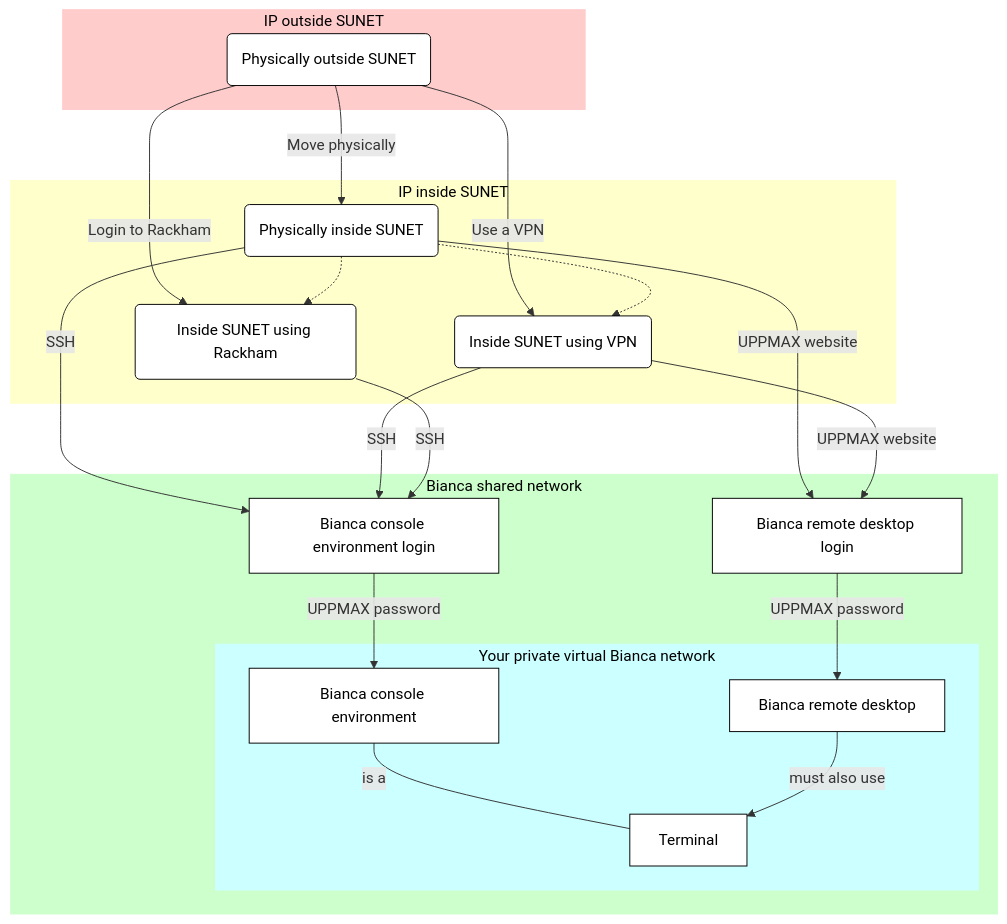
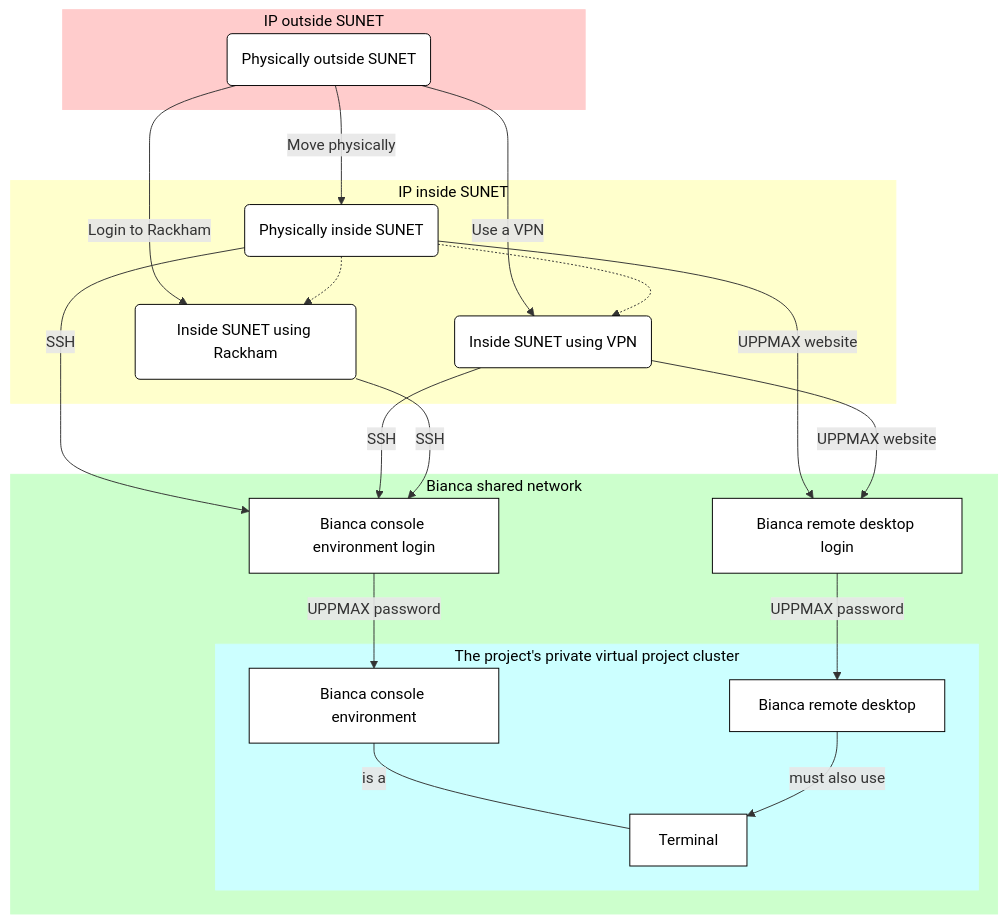
The fourth of 4 diagrams in docs/getting_started/login_bianca.md (UPPMAX/UPPMAX-documentation), drawn with Mermaid before and after one commit. The commit also changed other lines of this file, not shown here.

Commit message:
What is a virtual project cluster?

````diff
--- a/docs/getting_started/login_bianca.md
+++ b/docs/getting_started/login_bianca.md
@@ -627,57 +651,57 @@
 ```mermaid
 flowchart TD
 
     %% Give a white background, instead of a transparent one
     classDef node fill:#fff,color:#000,stroke:#000
     classDef focus_node fill:#fff,color:#000,stroke:#000,stroke-width:4px
 
     subgraph sub_outside[IP outside SUNET]
       outside(Physically outside SUNET)
     end    
     style sub_outside fill:#fcc,color:#000,stroke:#fcc
 
     subgraph sub_inside[IP inside SUNET]
       physically_inside(Physically inside SUNET)
       inside_using_vpn(Inside SUNET using VPN)
       inside_using_rackham(Inside SUNET using Rackham)
     end
     style sub_inside fill:#ffc,color:#000,stroke:#ffc
 
     subgraph sub_bianca_shared_env[Bianca shared network]
       bianca_shared_console[Bianca console environment login]
       bianca_shared_remote_desktop[Bianca remote desktop login] 
-      subgraph sub_bianca_private_env[Your private virtual Bianca network]
+      subgraph sub_bianca_private_env[The project's private virtual project cluster]
         bianca_private_console[Bianca console environment]
         bianca_private_remote_desktop[Bianca remote desktop] 
         bianca_private_terminal[Terminal] 
       style sub_bianca_private_env fill:#cff,color:#000,stroke:#cff
 
 
       end
       style sub_bianca_private_env fill:#cff,color:#000,stroke:#cff
 
     end
     style sub_bianca_shared_env fill:#cfc,color:#000,stroke:#cfc
 
     %% Outside SUNET
     outside-->|Move physically|physically_inside
     outside-->|Use a VPN|inside_using_vpn
     outside-->|Login to Rackham|inside_using_rackham
 
     %% Inside SUNET
     physically_inside-->|SSH|bianca_shared_console
     physically_inside-->|UPPMAX website|bianca_shared_remote_desktop
     physically_inside-.->inside_using_rackham
     physically_inside-.->inside_using_vpn
     inside_using_vpn-->|SSH|bianca_shared_console
     inside_using_vpn-->|UPPMAX website|bianca_shared_remote_desktop
     inside_using_rackham-->|SSH|bianca_shared_console
 
     %% Shared Bianca
     bianca_shared_console --> |UPPMAX password|bianca_private_console
     bianca_shared_remote_desktop-->|UPPMAX password|bianca_private_remote_desktop
 
     %% Private Bianca
     bianca_private_console---|is a|bianca_private_terminal
     bianca_private_remote_desktop-->|must also use|bianca_private_terminal
 ```
````
